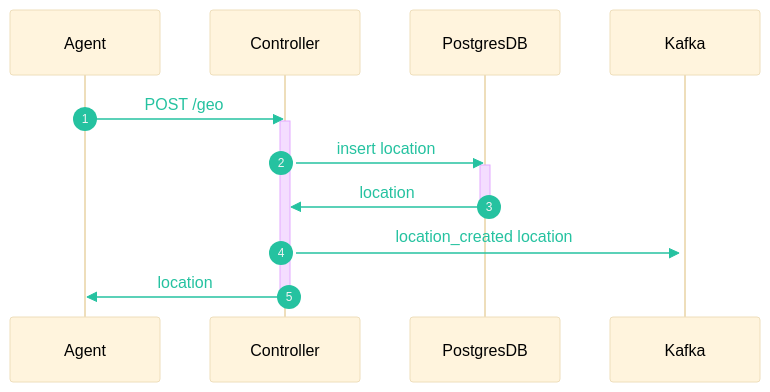
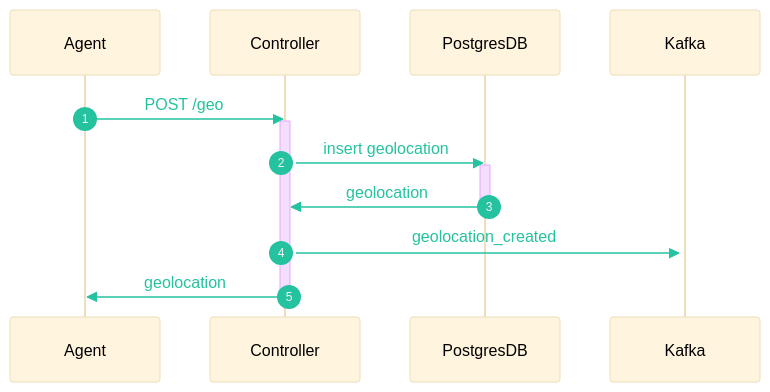
Before and after one commit to Covid-Alert-Microservices/specs: the first of 3 diagrams in docs/Microservices/geolocation.md, drawn with Mermaid. The commit also changed other lines of this file and 2 other files, not shown here.

````diff
--- a/docs/Microservices/geolocation.md
+++ b/docs/Microservices/geolocation.md
@@ -13,22 +13,22 @@
 ```mermaid
 %%{init: {
     'theme': 'base', 
     'themeVariables': {
         'actorTextColor': 'black',
         'primaryTextColor': '#25c2a0'
     }
   }
 }%%
 sequenceDiagram
     autonumber
     activate Kafka
     Agent ->> Controller: POST /geo
     activate Controller
-    Controller ->> PostgresDB: insert location
+    Controller ->> PostgresDB: insert geolocation
     activate PostgresDB
-    PostgresDB ->> Controller: location
+    PostgresDB ->> Controller: geolocation
     deactivate PostgresDB
-    Controller ->> Kafka : location_created location
-    Controller ->> Agent: location
+    Controller ->> Kafka : geolocation_created
+    Controller ->> Agent: geolocation
     deactivate Controller
 ```
````
